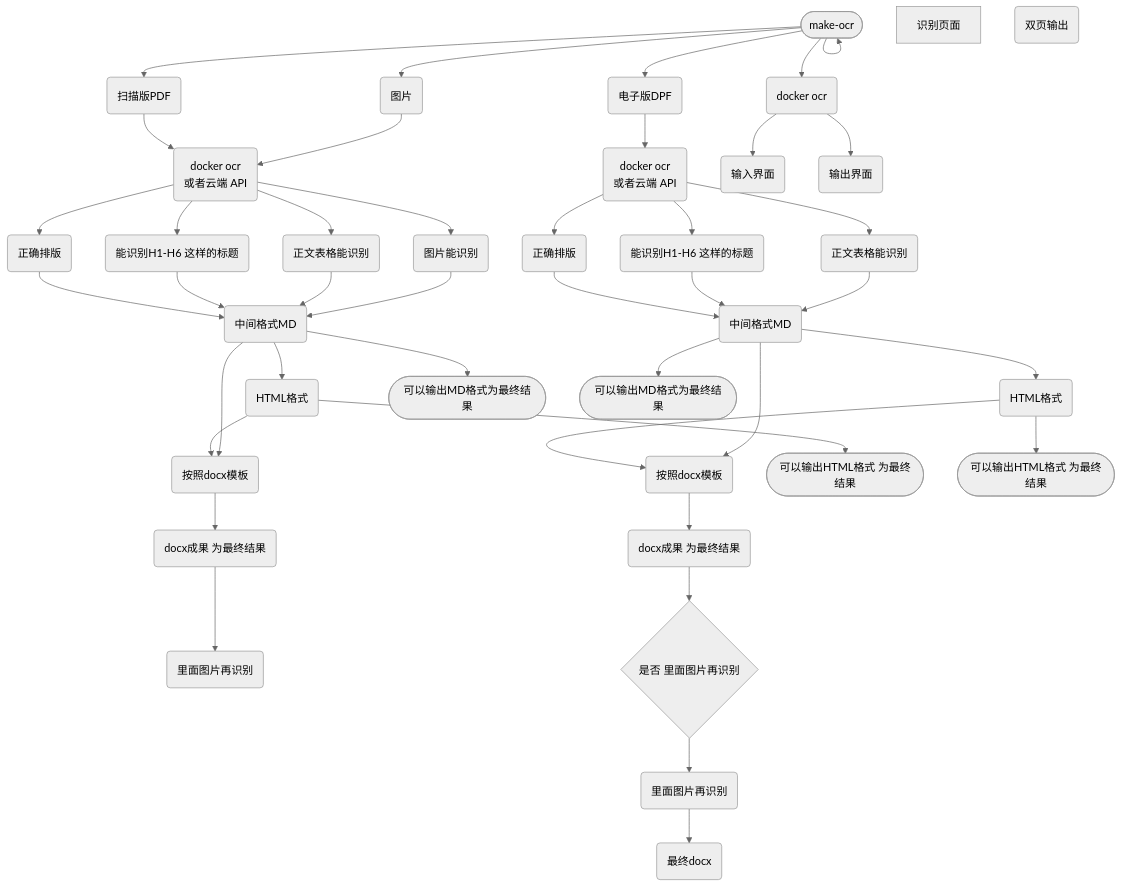
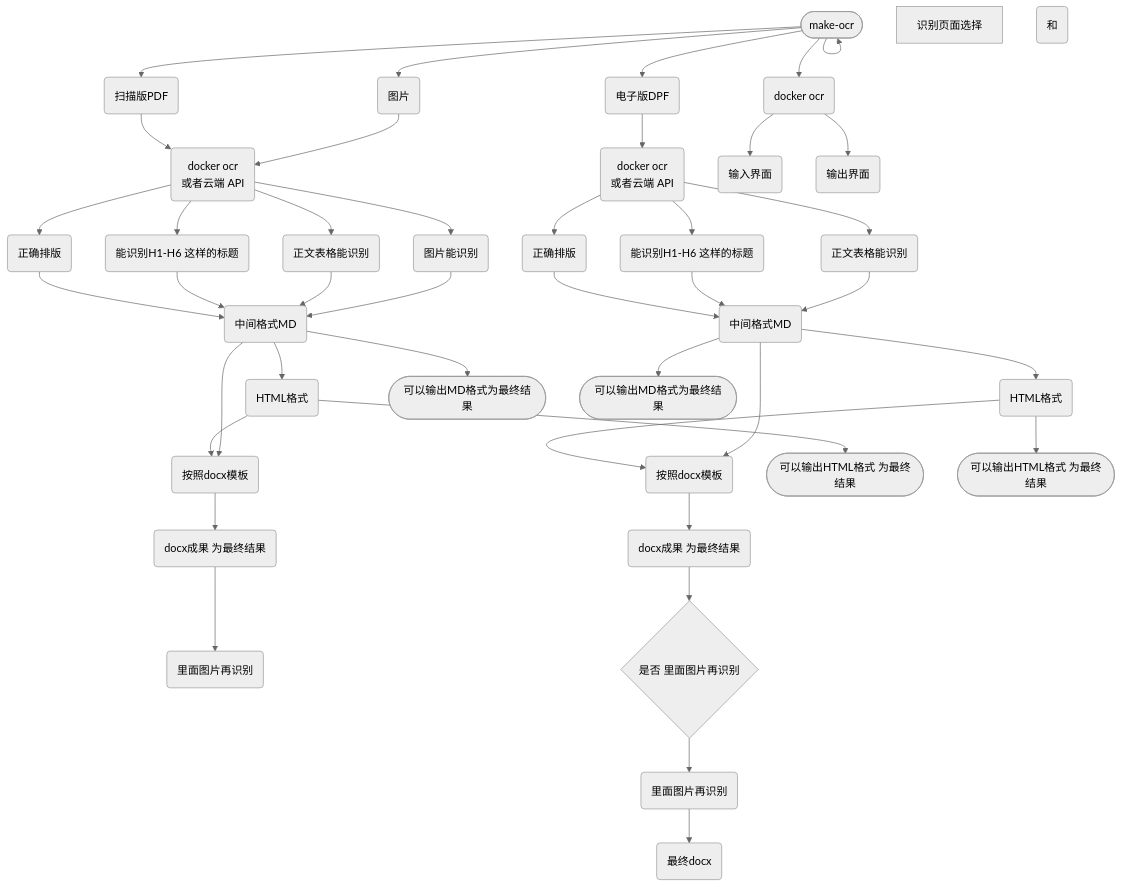
The diagram in notes/未命名_da3b1e9d-46b8-4fe8-a207-538027b2306b.md (fireflysss/mermaid-notes), drawn with Mermaid (neutral theme) before and after one commit. The commit also changed 3 other files, not shown here.

Commit message:
Sync Mermaid Studio data (14 diagrams)

````diff
--- a/notes/未命名_da3b1e9d-46b8-4fe8-a207-538027b2306b.md
+++ b/notes/未命名_da3b1e9d-46b8-4fe8-a207-538027b2306b.md
@@ -3,78 +3,78 @@
 ```mermaid
 flowchart TD
   n_0(["make-ocr"])
   n_1("扫描版PDF")
   n_2("电子版DPF")
   n_3("docker ocr<br/>或者云端 API")
   n_4("图片")
   n_5("能识别H1-H6 这样的标题")
   n_6("正文表格能识别")
   n_7("图片能识别")
   n_8("按照docx模板")
   n_9("里面图片再识别")
   n_10("docx成果 为最终结果")
   n_11("中间格式MD")
   n_12("HTML格式")
   n_13("docker ocr<br/>或者云端 API")
   n_14("能识别H1-H6 这样的标题")
   n_15("正文表格能识别")
   n_16("按照docx模板")
   n_17("docx成果 为最终结果")
   n_18("中间格式MD")
   n_19("HTML格式")
   n_20("最终docx")
   n_21("里面图片再识别")
   n_22{"是否 里面图片再识别"}
   n_23("正确排版")
   n_24("正确排版")
   n_25(["可以输出MD格式为最终结果"])
   n_26(["可以输出MD格式为最终结果"])
   n_27(["可以输出HTML格式 为最终结果"])
   n_28(["可以输出HTML格式 为最终结果"])
   n_29("docker ocr")
   n_30("输入界面")
   n_31("输出界面")
-  n_32["识别页面<br/>"]
-  n_33("双页输出")
+  n_32["识别页面选择<br/>"]
+  n_33("和")
   n_0 --> n_0
   n_0 --> n_1
   n_0 --> n_2
   n_0 --> n_4
   n_11 --> n_8
   n_11 --> n_12
   n_12 --> n_8
   n_8 --> n_10
   n_10 --> n_9
   n_18 --> n_16
   n_18 --> n_19
   n_19 --> n_16
   n_16 --> n_17
   n_4 --> n_3
   n_1 --> n_3
   n_2 --> n_13
   n_13 --> n_14
   n_13 --> n_15
   n_15 --> n_18
   n_14 --> n_18
   n_7 --> n_11
   n_6 --> n_11
   n_5 --> n_11
   n_3 --> n_6
   n_21 --> n_20
   n_17 --> n_22
   n_22 --> n_21
   n_3 --> n_5
   n_3 --> n_7
   n_3 --> n_23
   n_23 --> n_11
   n_13 --> n_24
   n_24 --> n_18
   n_11 --> n_25
   n_18 --> n_26
   n_12 --> n_27
   n_19 --> n_28
   n_0 --> n_29
   n_29 --> n_30
   n_29 --> n_31
 
 ```
````
